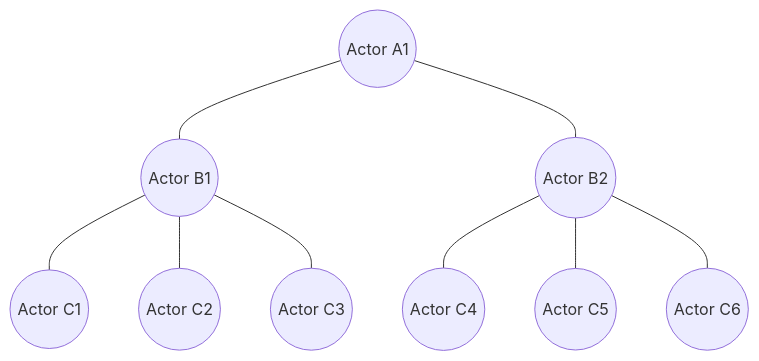
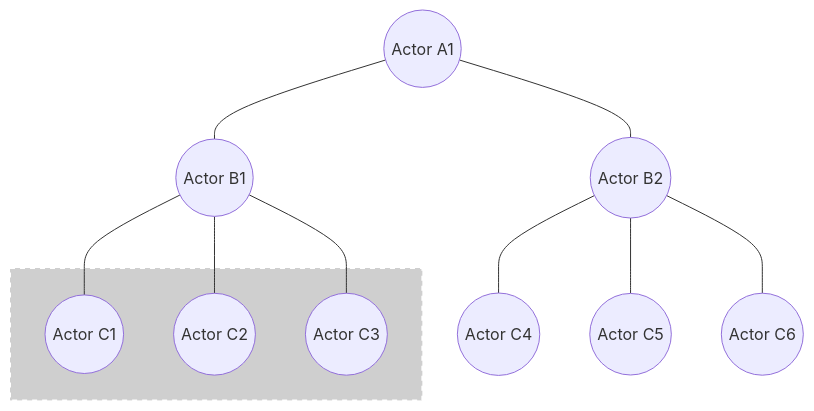
One commit to asynkron/protoactor-website changed the third of 3 diagrams in hugo/content/docs/supervision.md. Above: the diagram before and after it, drawn with Mermaid. The commit also changed other lines of this file, not shown here.

````diff
--- a/hugo/content/docs/supervision.md
+++ b/hugo/content/docs/supervision.md
@@ -155,42 +163,51 @@
 ```mermaid
   graph TD;
   A((Actor A1))
   B1((Actor B1))
   B2((Actor B2))
 
   C1((Actor C1))
   C2((Actor C2))
   C3((Actor C3))
 
   C4((Actor C4))
   C5((Actor C5))
   C6((Actor C6))
 
 
   class A blue
-  class B1 light-blue
-  class B2 yellow
-  class B2 selected
+  class B1 yellow
+  class B1 selected
+  class B2 light-blue
 
-  class C1 light-blue
-  class C2 light-blue
-  class C3 light-blue
-  class C4 red
-  class C4 selected
-  class C5 green
-  class C5 selected
-  class C6 green
-  class C6 selected
+
+  class C1 red
+  class C1 selected
+  class C2 green
+  class C2 selected
+  class C3 green
+  class C3 selected
+  class C4 light-blue
+  class C5 light-blue
+  class C6 light-blue
 
 
   A---B1
   A---B2
 
   B1---C1
   B1---C2
   B1---C3
 
+  subgraph g1[ ]
+  style g1 fill:#00000030, stroke-dasharray: 5, stroke: #ffffff, stroke-width:2px
+    C1
+    C2
+    C3
+  end
+
   B2---C4
   B2---C5
   B2---C6
+
 ```
````
